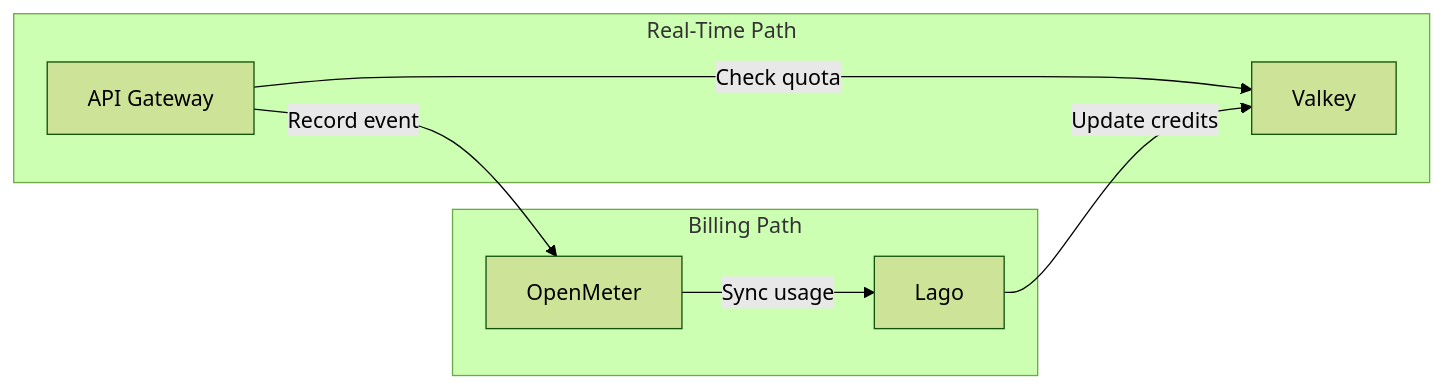
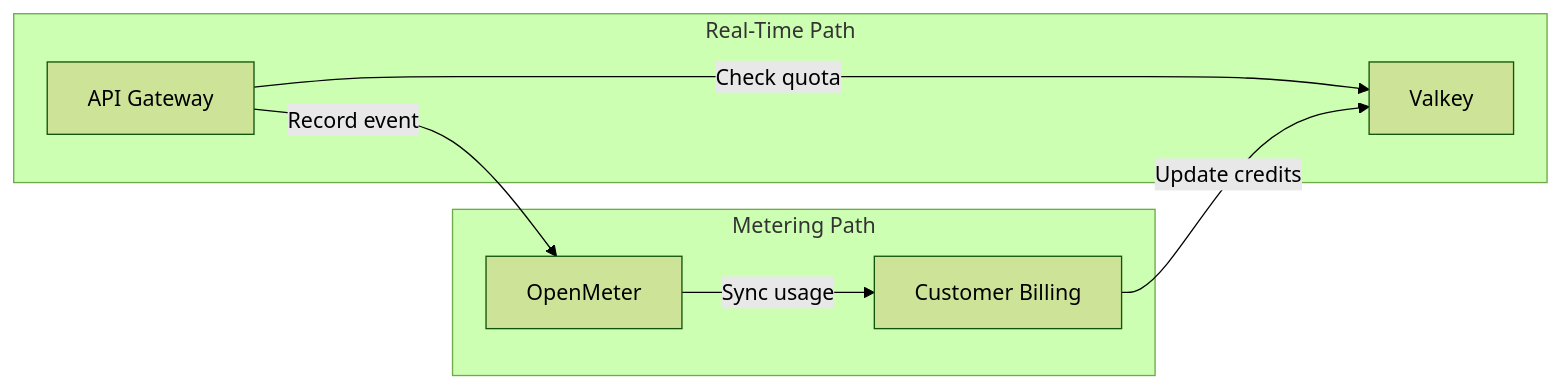
One commit to openova-io/openova changed the second of 2 diagrams in platform/openmeter/README.md. Above: the diagram before and after it, drawn with Mermaid (forest theme). The commit also changed other lines of this file and 50 other files, not shown here.

````diff
--- a/platform/openmeter/README.md
+++ b/platform/openmeter/README.md
@@ -174,17 +140,17 @@
 ```mermaid
 flowchart LR
     subgraph RealTime["Real-Time Path"]
         API[API Gateway]
         Valkey[Valkey]
     end
 
-    subgraph Billing["Billing Path"]
+    subgraph Metering["Metering Path"]
         OM[OpenMeter]
-        Lago[Lago]
+        Billing[Customer Billing]
     end
 
     API -->|"Check quota"| Valkey
     API -->|"Record event"| OM
-    OM -->|"Sync usage"| Lago
-    Lago -->|"Update credits"| Valkey
+    OM -->|"Sync usage"| Billing
+    Billing -->|"Update credits"| Valkey
 ```
````
